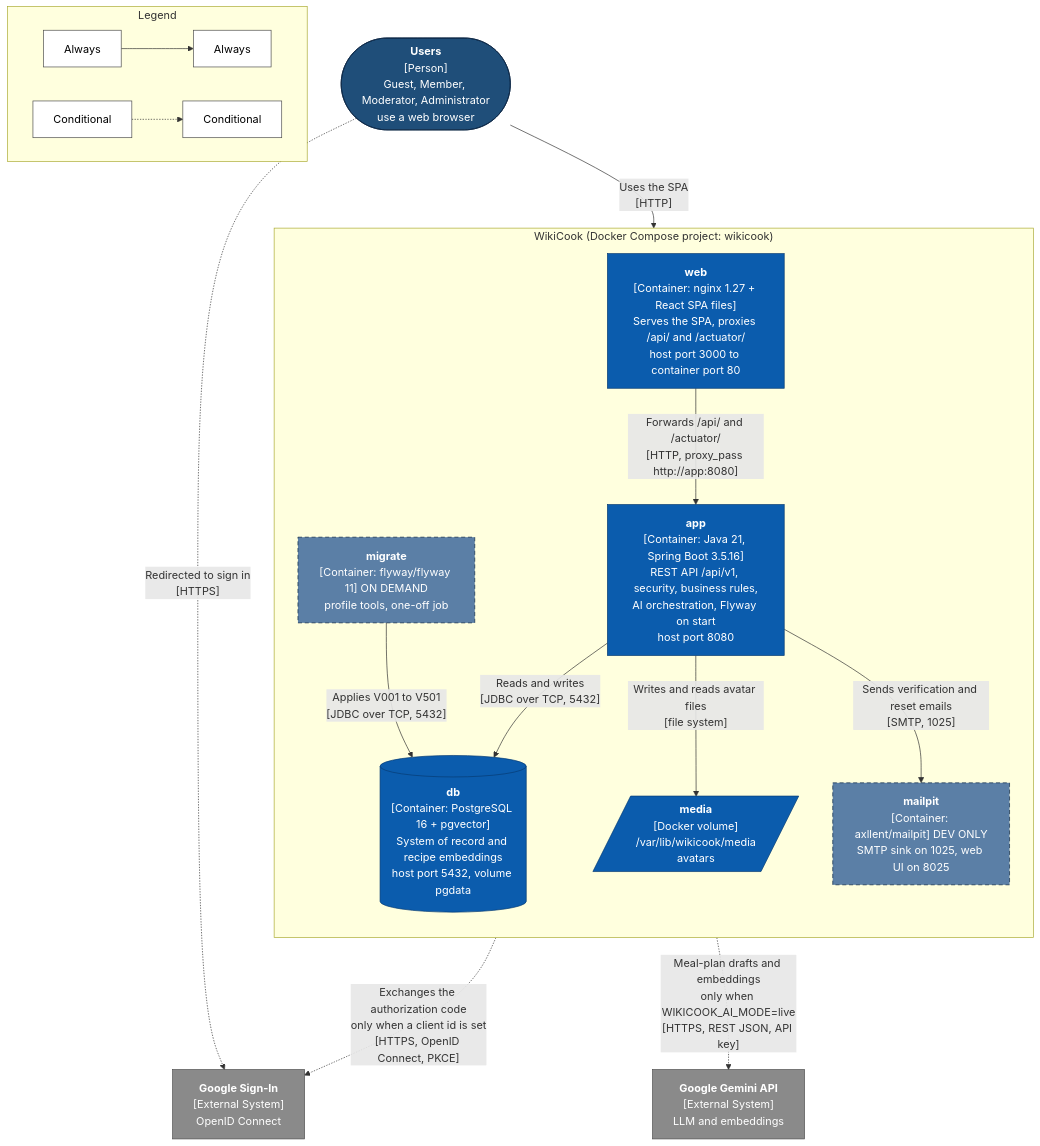
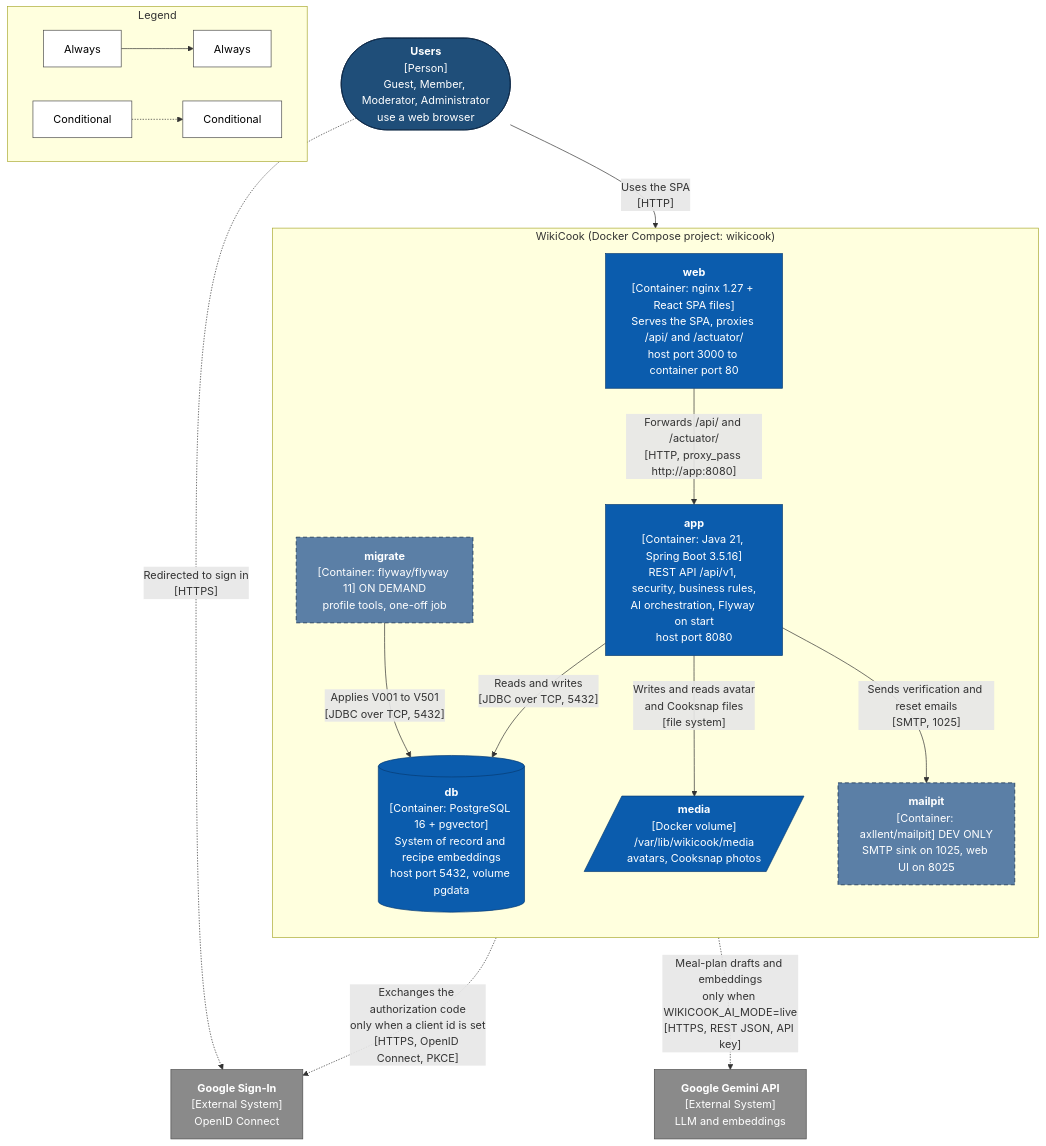
Before and after one commit to ThanhDu14/WikiCook: the second of 5 diagrams in docs/analysis-and-design/architecture.md, drawn with Mermaid. The commit also changed other lines of this file and 1 other file, not shown here.

First line of the commit message:
fix(compose): store Cooksnap photos on the media volume (SCRUM-89)

````diff
--- a/docs/analysis-and-design/architecture.md
+++ b/docs/analysis-and-design/architecture.md
@@ -234,47 +234,47 @@
 ```mermaid
 flowchart TB
     USER(["<b>Users</b><br/>[Person]<br/>Guest, Member, Moderator, Administrator<br/>use a web browser"])
 
     subgraph STACK["WikiCook (Docker Compose project: wikicook)"]
         direction TB
         WEB["<b>web</b><br/>[Container: nginx 1.27 + React SPA files]<br/>Serves the SPA, proxies /api/ and /actuator/<br/>host port 3000 to container port 80"]
         APP["<b>app</b><br/>[Container: Java 21, Spring Boot 3.5.16]<br/>REST API /api/v1, security, business rules,<br/>AI orchestration, Flyway on start<br/>host port 8080"]
         DB[("<b>db</b><br/>[Container: PostgreSQL 16 + pgvector]<br/>System of record and recipe embeddings<br/>host port 5432, volume pgdata")]
-        MEDIA[/"<b>media</b><br/>[Docker volume]<br/>/var/lib/wikicook/media<br/>avatars"/]
+        MEDIA[/"<b>media</b><br/>[Docker volume]<br/>/var/lib/wikicook/media<br/>avatars, Cooksnap photos"/]
         MAILPIT["<b>mailpit</b><br/>[Container: axllent/mailpit] DEV ONLY<br/>SMTP sink on 1025, web UI on 8025"]
         MIGRATE["<b>migrate</b><br/>[Container: flyway/flyway 11] ON DEMAND<br/>profile tools, one-off job"]
     end
 
     GEMINI["<b>Google Gemini API</b><br/>[External System]<br/>LLM and embeddings"]
     GOOGLE["<b>Google Sign-In</b><br/>[External System]<br/>OpenID Connect"]
 
     USER -->|"Uses the SPA<br/>[HTTP]"| WEB
     WEB -->|"Forwards /api/ and /actuator/<br/>[HTTP, proxy_pass http://app:8080]"| APP
     APP -->|"Reads and writes<br/>[JDBC over TCP, 5432]"| DB
-    APP -->|"Writes and reads avatar files<br/>[file system]"| MEDIA
+    APP -->|"Writes and reads avatar<br/>and Cooksnap files<br/>[file system]"| MEDIA
     APP -->|"Sends verification and reset emails<br/>[SMTP, 1025]"| MAILPIT
     MIGRATE -->|"Applies V001 to V501<br/>[JDBC over TCP, 5432]"| DB
     APP -.->|"Meal-plan drafts and embeddings<br/>only when WIKICOOK_AI_MODE=live<br/>[HTTPS, REST JSON, API key]"| GEMINI
     APP -.->|"Exchanges the authorization code<br/>only when a client id is set<br/>[HTTPS, OpenID Connect, PKCE]"| GOOGLE
     USER -.->|"Redirected to sign in<br/>[HTTPS]"| GOOGLE
 
     subgraph LEGEND["Legend"]
         direction LR
         L1["Always"] --> L2["Always"]
         L3["Conditional"] -.-> L4["Conditional"]
     end
 
     classDef person fill:#1f4e79,stroke:#0b2545,color:#ffffff
     classDef container fill:#0b5cad,stroke:#073b73,color:#ffffff
     classDef store fill:#0b5cad,stroke:#073b73,color:#ffffff
     classDef devonly fill:#5b7fa6,stroke:#0b2545,color:#ffffff,stroke-dasharray:6 4
     classDef ext fill:#8a8a8a,stroke:#4d4d4d,color:#ffffff
     classDef legend fill:#ffffff,stroke:#4d4d4d,color:#000000
 
     class USER person
     class WEB,APP container
     class DB,MEDIA store
     class MAILPIT,MIGRATE devonly
     class GEMINI,GOOGLE ext
     class L1,L2,L3,L4 legend
 ```
````
